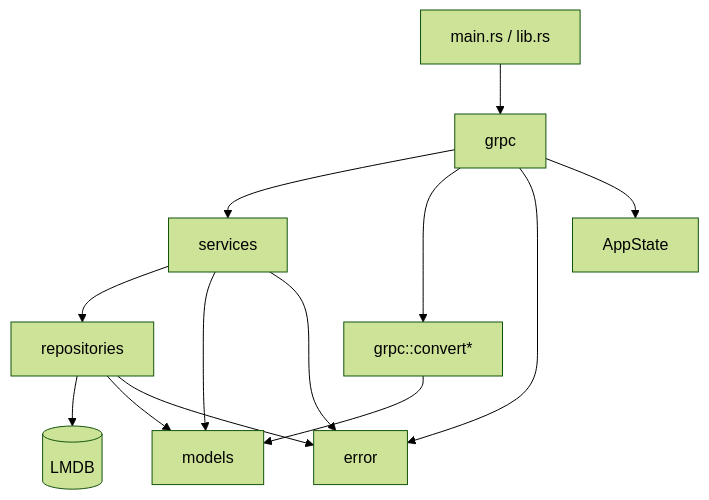
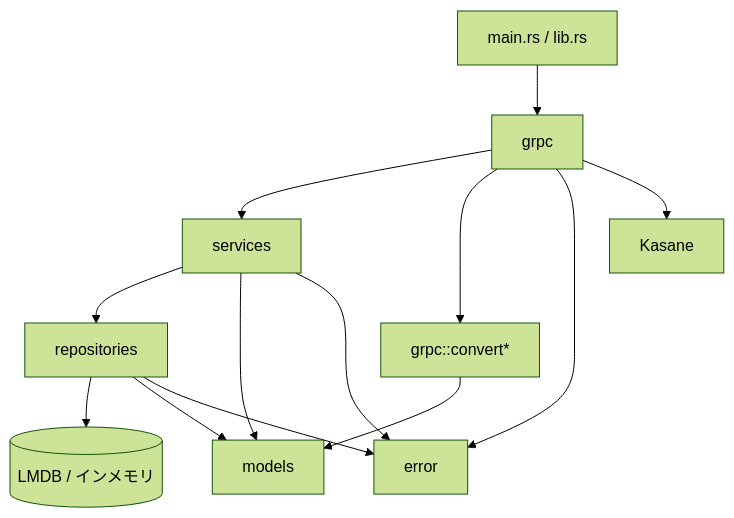
Before and after one commit to AirBee-Project/Kasane: the diagram in docs/architecture.md, drawn with Mermaid (forest theme). The commit also changed other lines of this file and 54 other files, not shown here.

````diff
--- a/docs/architecture.md
+++ b/docs/architecture.md
@@ -9,16 +9,16 @@
 ```mermaid
 flowchart TD
     Main[main.rs / lib.rs] --> Grpc[grpc]
     Grpc --> Service[services]
     Service --> Repository[repositories]
-    Repository --> Storage[(LMDB)]
+    Repository --> Storage[(LMDB / インメモリ)]
 
     Grpc --> Convert[grpc::convert*]
     Convert --> Model[models]
     Service --> Model
     Repository --> Model
     Service --> Error[error]
     Grpc --> Error
     Repository --> Error
-    Grpc --> AppState[AppState]
+    Grpc --> Kasane[Kasane]
 ```
````
